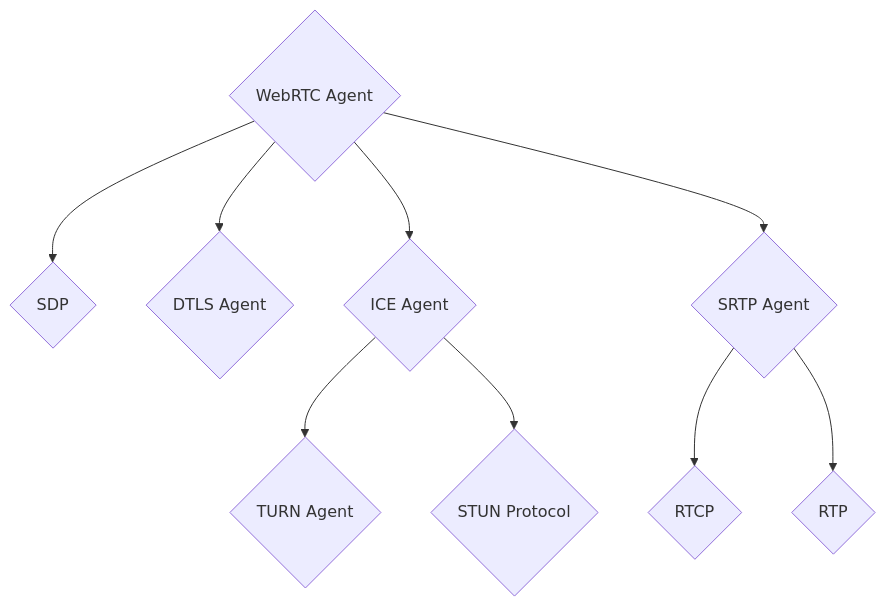
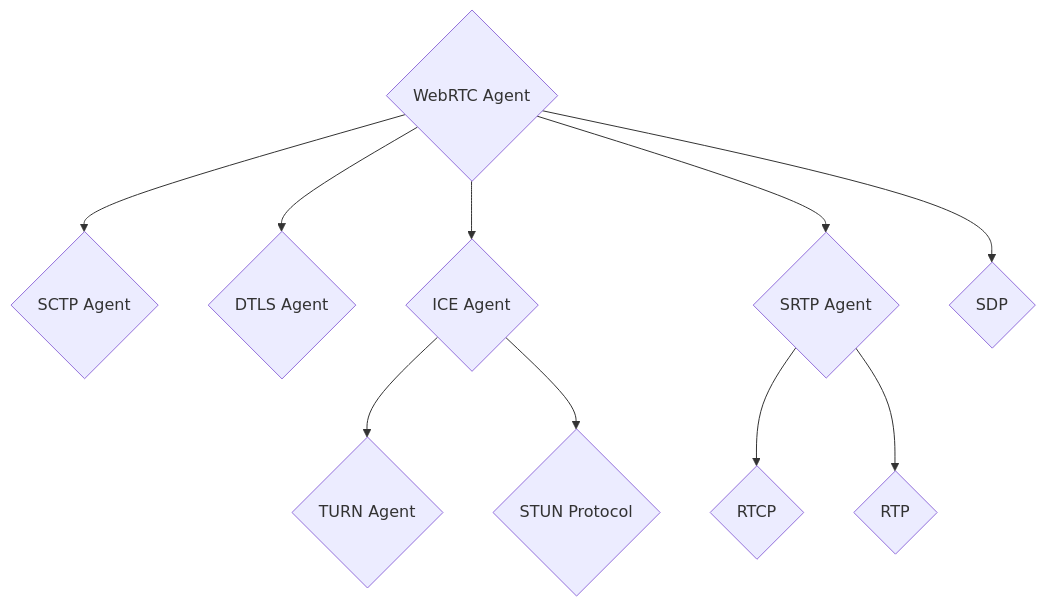
One commit to webrtc-for-the-curious/webrtc-for-the-curious changed the diagram in content/docs/01-what-why-and-how.md. Above: the diagram before and after it, drawn with Mermaid. The commit also changed 1 other file, not shown here.

Commit message:
Fix 'WebRTC, a collection of protocols' graph
Didn't include SCTP before

```diff
--- a/content/docs/01-what-why-and-how.md
+++ b/content/docs/01-what-why-and-how.md
@@ -95,26 +95,28 @@
 {{<mermaid>}}
 graph TB
 
 webrtc{WebRTC Agent}
 
 sctp{SCTP Agent}
 dtls{DTLS Agent}
 ice{ICE Agent}
 stun{STUN Protocol}
 turn{TURN Agent}
 srtp{SRTP Agent}
-sctp{SDP}
+sdp{SDP}
 rtp{RTP}
 rtcp{RTCP}
 
 webrtc --> ice
 webrtc --> dtls
+webrtc --> srtp
+webrtc --> sdp
 webrtc --> sctp
-webrtc --> srtp
 
 ice --> turn
 ice --> stun
 
 srtp --> rtcp
 srtp --> rtp
+
 {{</mermaid>}}
```
